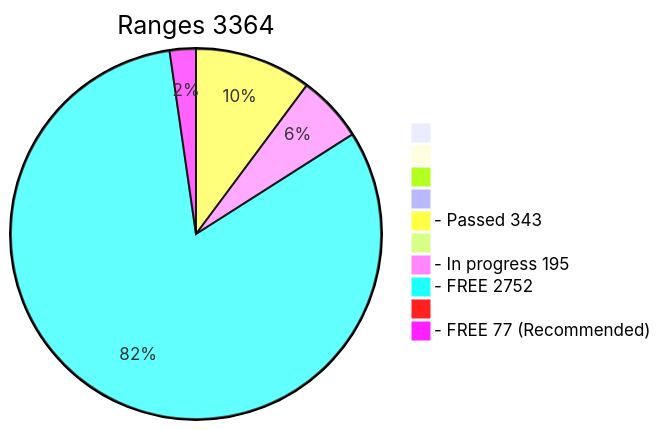
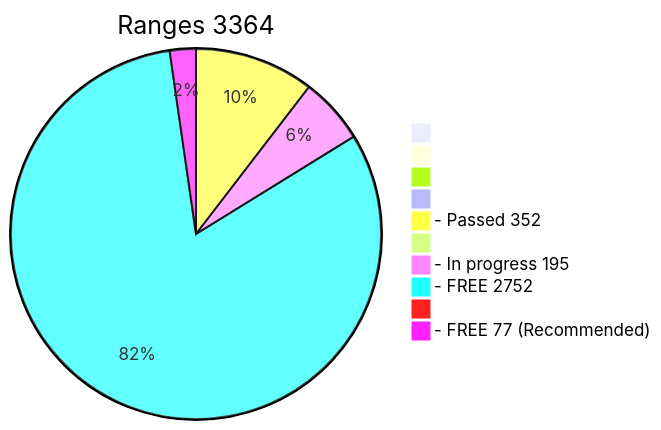
Before and after one commit to phrutis/wif500: the diagram in x64/Release/table.md, drawn with Mermaid. The commit also changed other lines of this file, not shown here.

````diff
--- a/x64/Release/table.md
+++ b/x64/Release/table.md
@@ -2,13 +2,13 @@
 ```mermaid
 pie title Ranges 3364
   " " : 0
   "  " : 0
   "   " : 0
   "    " : 0
-  "- Passed 343" : 343
+  "- Passed 352" : 352
   "     " : 0
   "- In progress 195" : 195
   "- FREE 2752" : 2752
   "      " : 0
   "- FREE 77 (Recommended)" : 77
 ```
````
